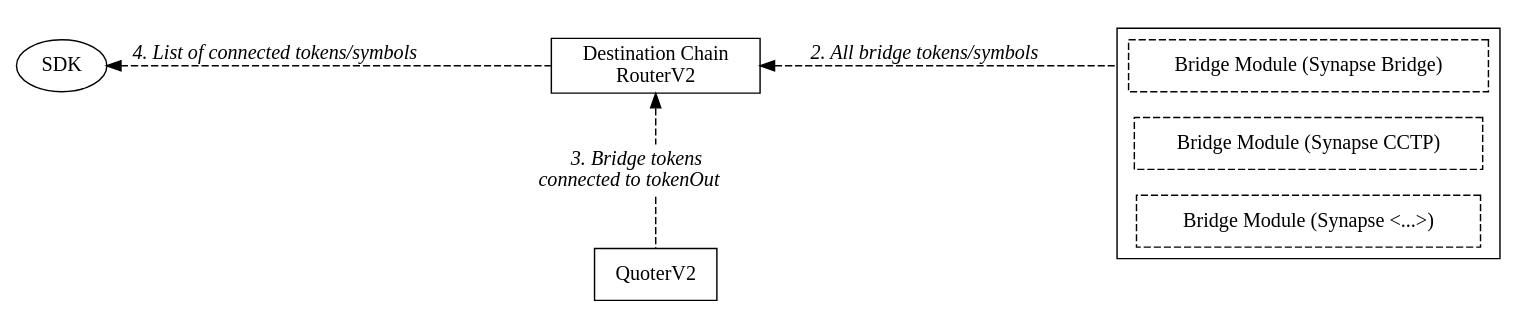
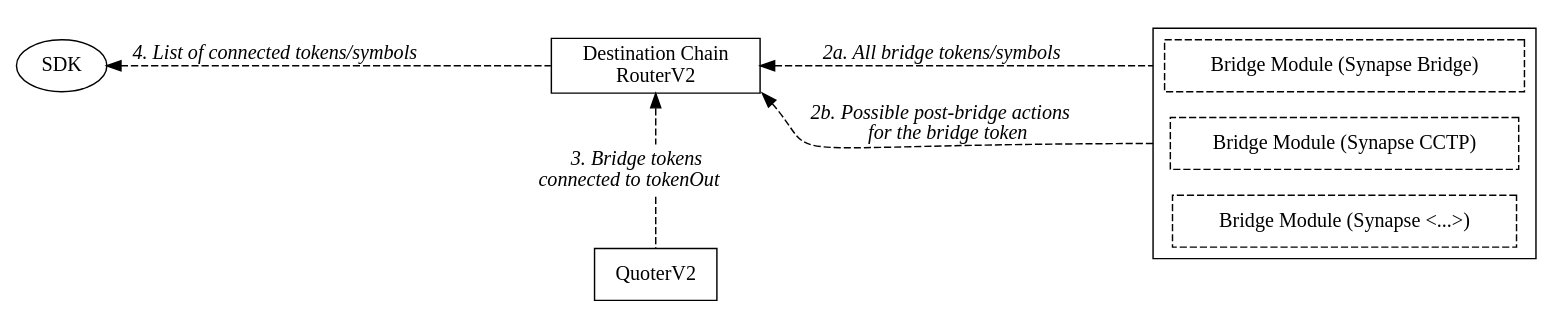
One commit to synapsecns/synapse-contracts changed the diagram in contracts/router/docs/quote1_data.dot. Above: the diagram before and after it, drawn with Graphviz. The commit also changed 8 other files, not shown here.

Commit message:
Add notes about post-bridge actions

```diff
--- a/contracts/router/docs/quote1_data.dot
+++ b/contracts/router/docs/quote1_data.dot
@@ -1,26 +1,27 @@
 digraph {
     compound = true;
     
     sdk [label = "SDK";];
     router [label = "Destination Chain\nRouterV2";shape = rect;];
     allConnectedTokens [label = <<I>3. Bridge tokens<br></br>connected to tokenOut</I>>;shape = none;];
     quoter [label = "QuoterV2";shape = rect;];
     
     rankdir = "LR";
     sdk -> router [label = <<I>4. List of connected tokens/symbols</I>>; style = dashed; dir = back;];
     
     subgraph cluster1 {
         node [shape = rect; style = dashed;];
         module1 [label = "Bridge Module (Synapse Bridge)";];
         module2 [label = "Bridge Module (Synapse CCTP)";];
         module3 [label = "Bridge Module (Synapse <...>)";];
     }
     
     subgraph {
         rank = same;
         router -> allConnectedTokens [style = dashed; dir = back;];
         allConnectedTokens -> quoter [style = dashed; dir = none;];
     }
     
-    router -> module1 [label = <<I>2. All bridge tokens/symbols</I>>; lhead = cluster1; style = dashed; dir = back;];
+    router -> module1 [label = <<I>2a. All bridge tokens/symbols</I>>; lhead = cluster1; style = dashed; dir = back; weight = 10;];
+    router:se -> module2:w [label = <<I>2b. Possible post-bridge actions<br></br> for the bridge token</I>>; lhead = cluster1; style = dashed; dir = back;];
 }
```
